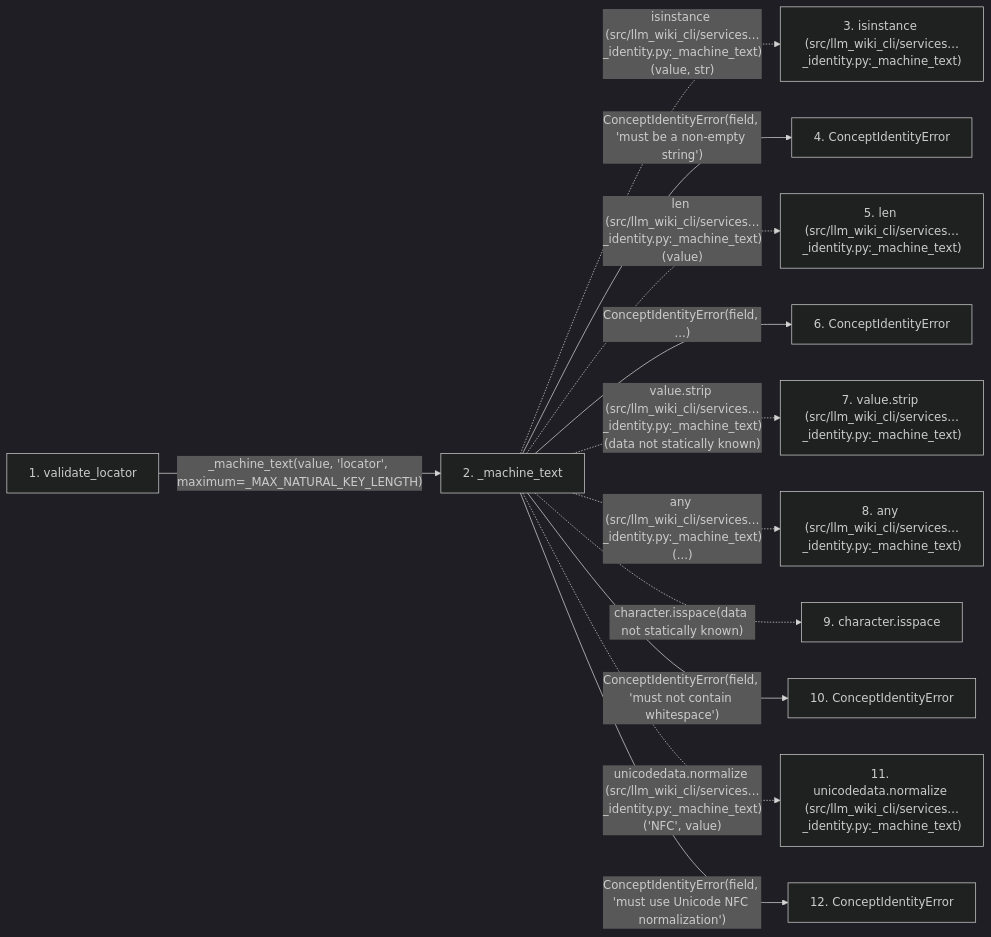
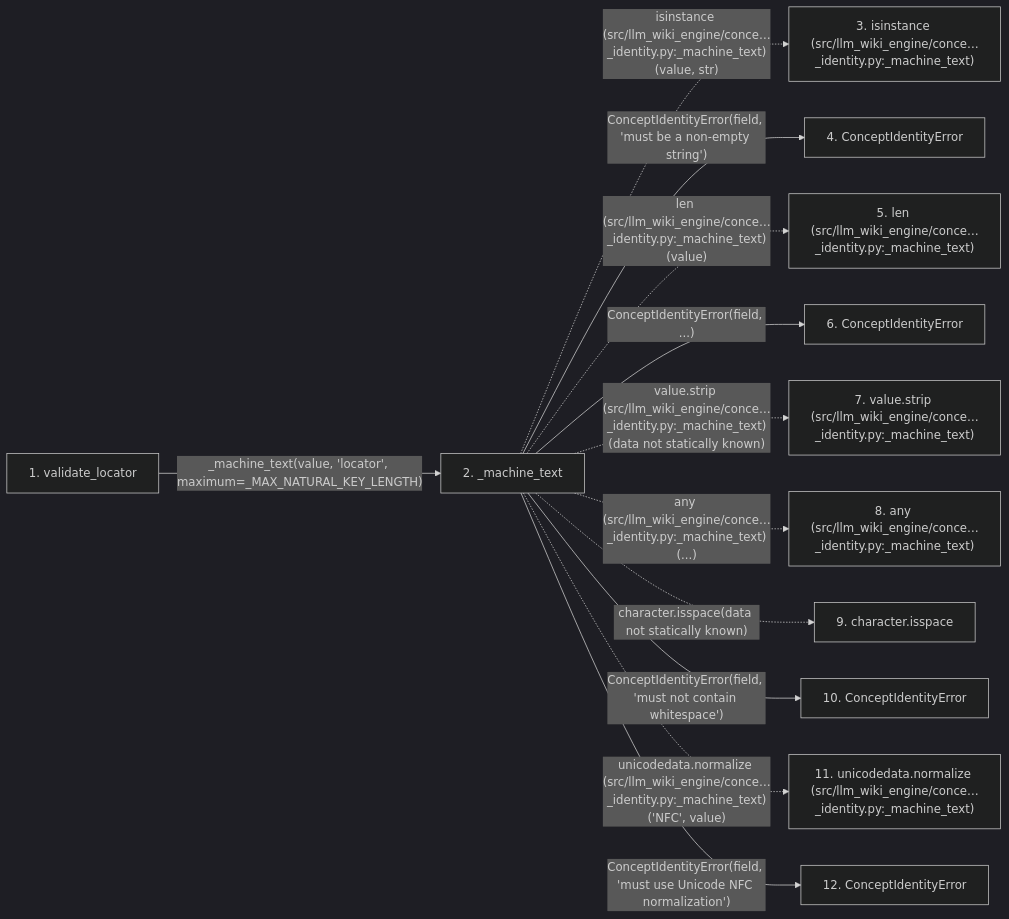
One commit to Denissvgn/python-wiki-llm changed the second of 2 diagrams in docs/llm_wiki/flows/api-validate_locator.md. Above: the diagram before and after it, drawn with Mermaid (dark theme). The commit also changed other lines of this file and 1103 other files, not shown here.

First line of the commit message:
docs: refresh the wiki for the llm-wiki-engine distribution

````diff
--- a/docs/llm_wiki/flows/api-validate_locator.md
+++ b/docs/llm_wiki/flows/api-validate_locator.md
@@ -126,32 +126,32 @@
 ```mermaid
 flowchart LR
     s1["1. validate_locator"]
     s2["2. _machine_text"]
-    s3["3. isinstance (src/llm_wiki_cli/services…_identity.py:_machine_text)"]
+    s3["3. isinstance (src/llm_wiki_engine/conce…_identity.py:_machine_text)"]
     s4["4. ConceptIdentityError"]
-    s5["5. len (src/llm_wiki_cli/services…_identity.py:_machine_text)"]
+    s5["5. len (src/llm_wiki_engine/conce…_identity.py:_machine_text)"]
     s6["6. ConceptIdentityError"]
-    s7["7. value.strip (src/llm_wiki_cli/services…_identity.py:_machine_text)"]
-    s8["8. any (src/llm_wiki_cli/services…_identity.py:_machine_text)"]
+    s7["7. value.strip (src/llm_wiki_engine/conce…_identity.py:_machine_text)"]
+    s8["8. any (src/llm_wiki_engine/conce…_identity.py:_machine_text)"]
     s9["9. character.isspace"]
     s10["10. ConceptIdentityError"]
-    s11["11. unicodedata.normalize (src/llm_wiki_cli/services…_identity.py:_machine_text)"]
+    s11["11. unicodedata.normalize (src/llm_wiki_engine/conce…_identity.py:_machine_text)"]
     s12["12. ConceptIdentityError"]
     s1 -->|"_machine_text(value, 'locator', maximum=_MAX_NATURAL_KEY_LENGTH)"| s2
-    s2 -. "isinstance (src/llm_wiki_cli/services…_identity.py:_machine_text)(value, str)" .-> s3
+    s2 -. "isinstance (src/llm_wiki_engine/conce…_identity.py:_machine_text)(value, str)" .-> s3
     s2 -->|"ConceptIdentityError(field, 'must be a non-empty string')"| s4
-    s2 -. "len (src/llm_wiki_cli/services…_identity.py:_machine_text)(value)" .-> s5
+    s2 -. "len (src/llm_wiki_engine/conce…_identity.py:_machine_text)(value)" .-> s5
     s2 -->|"ConceptIdentityError(field, ...)"| s6
-    s2 -. "value.strip (src/llm_wiki_cli/services…_identity.py:_machine_text)(data not statically known)" .-> s7
-    s2 -. "any (src/llm_wiki_cli/services…_identity.py:_machine_text)(...)" .-> s8
+    s2 -. "value.strip (src/llm_wiki_engine/conce…_identity.py:_machine_text)(data not statically known)" .-> s7
+    s2 -. "any (src/llm_wiki_engine/conce…_identity.py:_machine_text)(...)" .-> s8
     s2 -. "character.isspace(data not statically known)" .-> s9
     s2 -->|"ConceptIdentityError(field, 'must not contain whitespace')"| s10
-    s2 -. "unicodedata.normalize (src/llm_wiki_cli/services…_identity.py:_machine_text)('NFC', value)" .-> s11
+    s2 -. "unicodedata.normalize (src/llm_wiki_engine/conce…_identity.py:_machine_text)('NFC', value)" .-> s11
     s2 -->|"ConceptIdentityError(field, 'must use Unicode NFC normalization')"| s12
     click s1 "../modules/concept_identity.md"
     click s2 "../modules/concept_identity.md"
     click s4 "../modules/concept_identity.md"
     click s6 "../modules/concept_identity.md"
     click s10 "../modules/concept_identity.md"
     click s12 "../modules/concept_identity.md"
 ```
````
